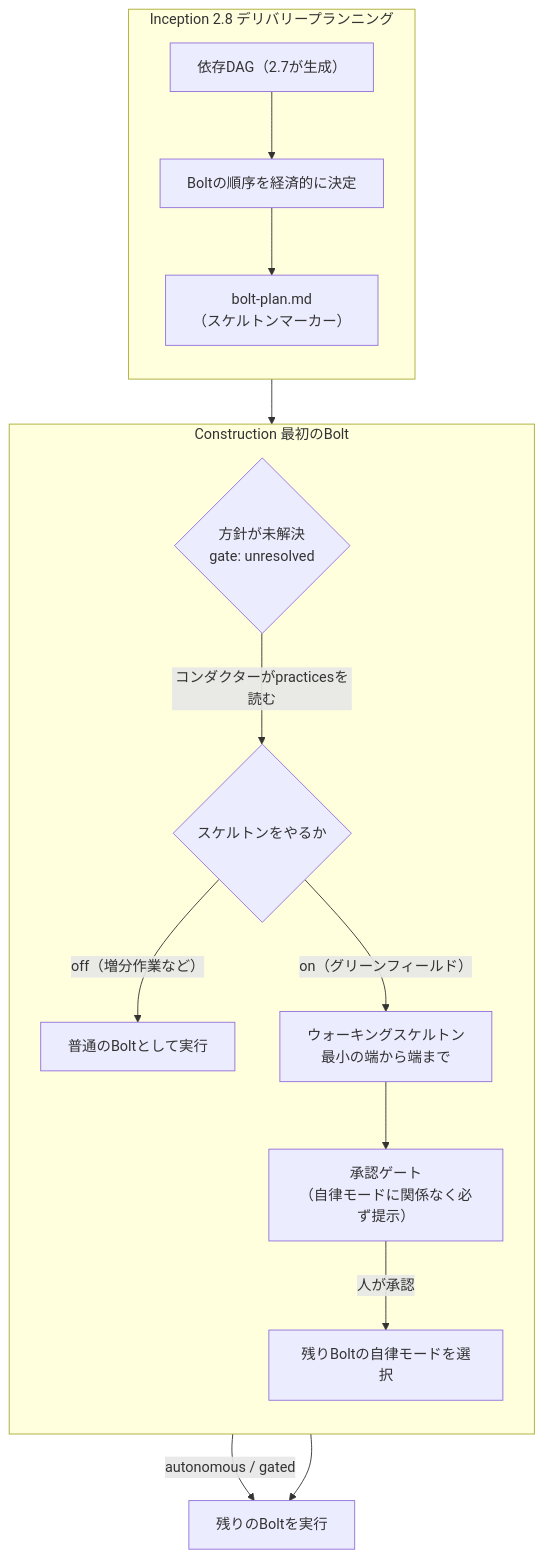
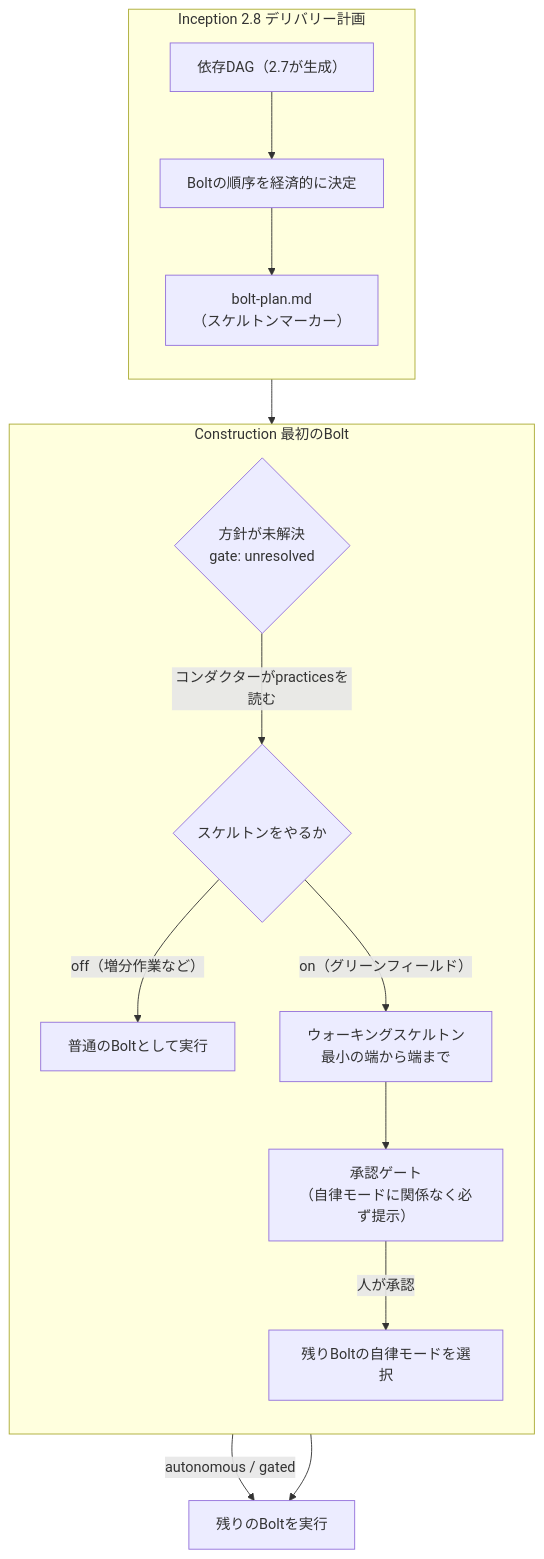
Before and after one commit to takeshishimada/qiita-docs: the diagram in public/aidlc-v2-08-walking-skeleton.md, drawn with Mermaid. The commit also changed other lines of this file and 23 other files, not shown here.

````diff
--- a/public/aidlc-v2-08-walking-skeleton.md
+++ b/public/aidlc-v2-08-walking-skeleton.md
@@ -38,20 +38,20 @@
 ```mermaid
 flowchart TD
-    subgraph INC["Inception 2.8 デリバリープランニング"]
+    subgraph INC["Inception 2.8 デリバリー計画"]
         direction TB
         DAG["依存DAG（2.7が生成）"] --> SEQ["Boltの順序を経済的に決定"]
         SEQ --> PLAN["bolt-plan.md<br/>（スケルトンマーカー）"]
     end
     INC --> CON
     subgraph CON["Construction 最初のBolt"]
         direction TB
         UNRES{"方針が未解決<br/>gate: unresolved"}
         UNRES -->|"コンダクターがpracticesを読む"| STANCE{"スケルトンをやるか"}
         STANCE -->|"off（増分作業など）"| NORMAL["普通のBoltとして実行"]
         STANCE -->|"on（グリーンフィールド）"| SKEL["ウォーキングスケルトン<br/>最小の端から端まで"]
         SKEL --> GATE["承認ゲート<br/>（自律モードに関係なく必ず提示）"]
         GATE -->|"人が承認"| LADDER["残りBoltの自律モードを選択"]
     end
     LADDER -->|"autonomous / gated"| REST["残りのBoltを実行"]
     NORMAL --> REST
 ```
````
